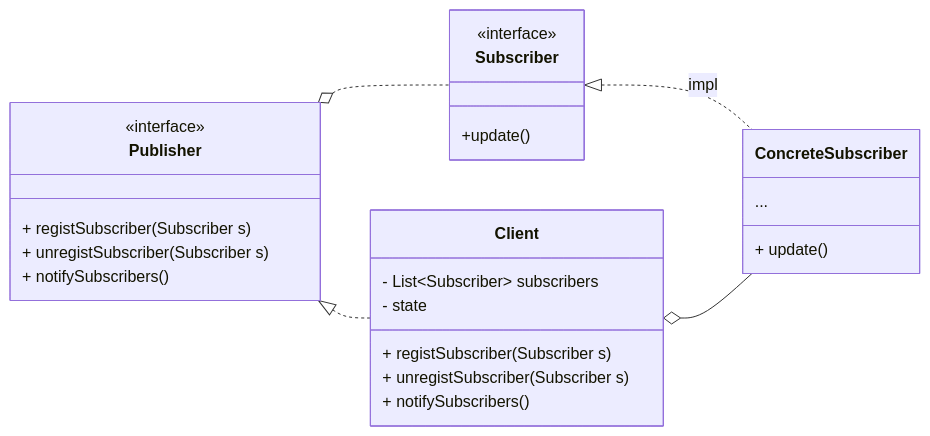
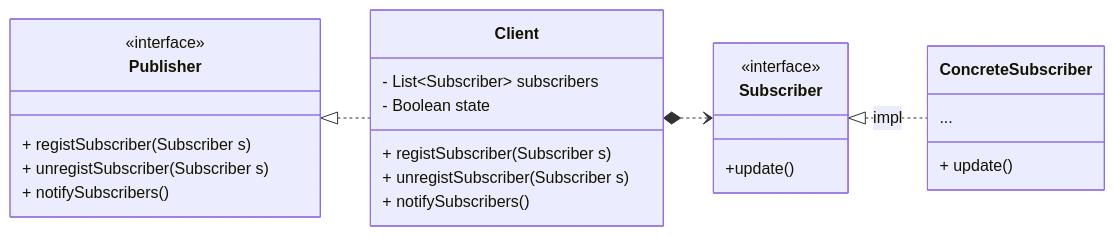
Before and after one commit to wangy325/java-review: the diagram in src/main/java/com/wangy/designpattern/behavioral/observer/zephyr.md, drawn with Mermaid. The commit also changed 5 other files, not shown here.

Commit message:
[Design Pattern]: UML diagram fix

````diff
--- a/src/main/java/com/wangy/designpattern/behavioral/observer/zephyr.md
+++ b/src/main/java/com/wangy/designpattern/behavioral/observer/zephyr.md
@@ -28,32 +28,29 @@
 ```mermaid
 classDiagram
 direction LR
 class Publisher {
   <<interface>>
   + registSubscriber(Subscriber s)
   + unregistSubscriber(Subscriber s)
   + notifySubscribers()
 }
 
-Publisher o.. Subscriber
+Publisher <|.. Client
+Client *..> Subscriber
+class Client { 
+  - List~Subscriber~ subscribers
+  - Boolean state
+  + registSubscriber(Subscriber s)
+  + unregistSubscriber(Subscriber s)
+  + notifySubscribers()
+}
 class Subscriber {
   <<interface>>
   +update()
 }
-
 Subscriber <|.. ConcreteSubscriber : impl
 class ConcreteSubscriber { 
   ...
   + update()
 }
-Publisher <|.. Client
-class Client { 
-  - List~Subscriber~ subscribers
-  - state
-  + registSubscriber(Subscriber s)
-  + unregistSubscriber(Subscriber s)
-  + notifySubscribers()
-}
-Client o-- ConcreteSubscriber
-
 ```
````
